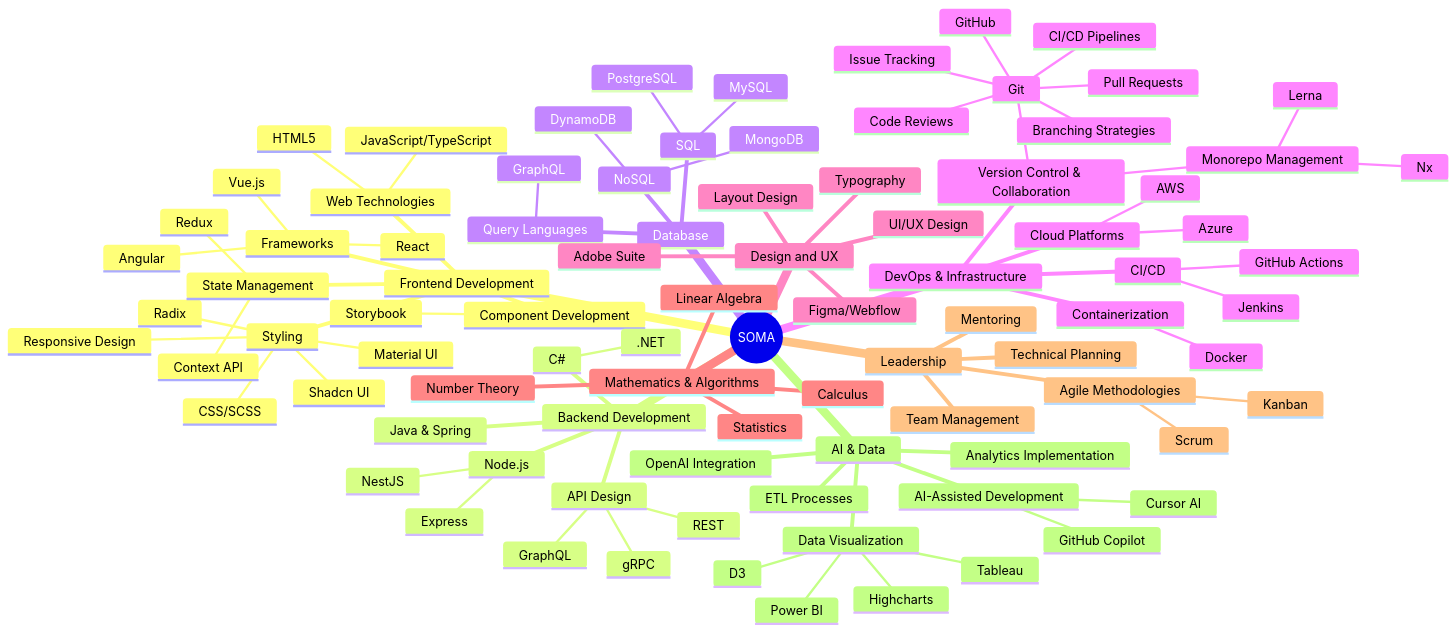
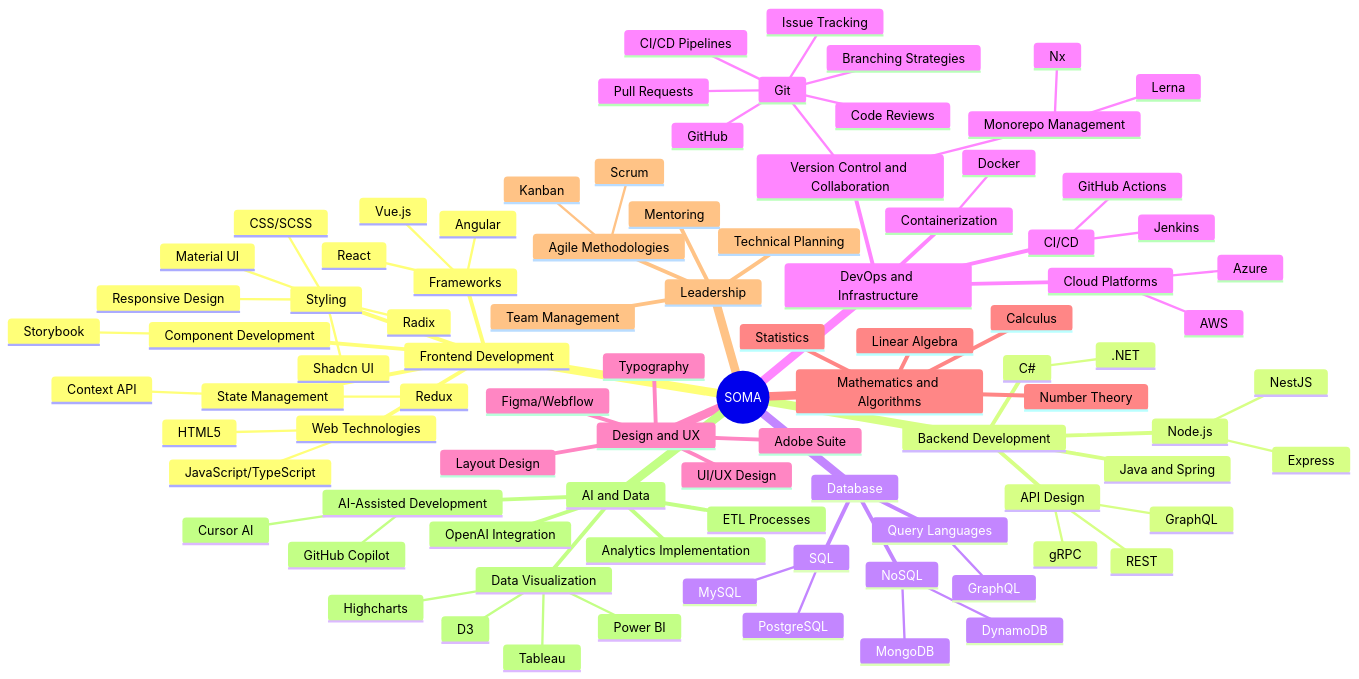
The diagram in SomaHargitai_CV.MD (somahargitai/somahargitai), drawn with Mermaid before and after one commit.

Commit message:
Mermaid: fix ampersand everywhere

```diff
--- a/SomaHargitai_CV.MD
+++ b/SomaHargitai_CV.MD
@@ -47,7 +47,7 @@
       Component Development
         Storybook
     Backend Development
-      Java & Spring
+      Java and Spring
       Node.js
         Express
         NestJS
@@ -66,7 +66,7 @@
         MySQL
       Query Languages
         GraphQL
-    DevOps & Infrastructure
+    DevOps and Infrastructure
       Cloud Platforms
         AWS
         Azure
@@ -75,7 +75,7 @@
       CI/CD
         GitHub Actions
         Jenkins
-      Version Control & Collaboration
+      Version Control and Collaboration
         Git
           Branching Strategies
           Code Reviews
@@ -92,7 +92,7 @@
       Layout Design
       Adobe Suite
       Figma/Webflow
-    Mathematics & Algorithms
+    Mathematics and Algorithms
       Linear Algebra
       Calculus
       Statistics
@@ -104,7 +104,7 @@
         Scrum
         Kanban
       Technical Planning
-    AI & Data
+    AI and Data
       OpenAI Integration
       Data Visualization
         Tableau
```
